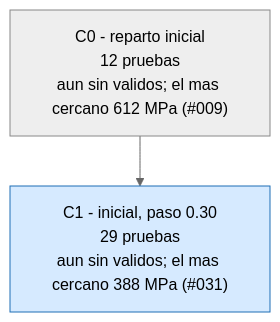
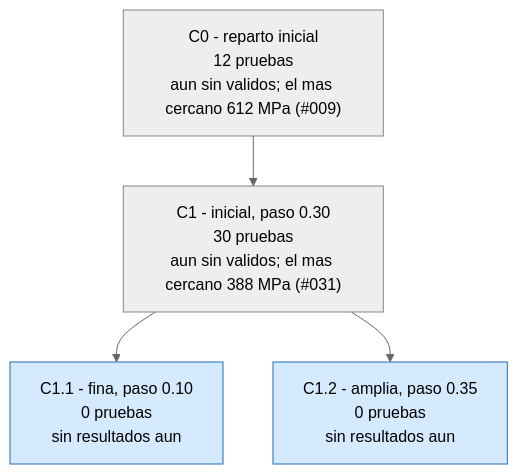
One commit to Hugiko/msd-soporte-optimizacion changed the third of 3 diagrams in runs/opt_37800N/ARBOL.md. Above: the diagram before and after it, drawn with Mermaid (neutral theme). The commit also changed 21 other files, not shown here.

````diff
--- a/runs/opt_37800N/ARBOL.md
+++ b/runs/opt_37800N/ARBOL.md
@@ -47,9 +47,13 @@
 ```mermaid
 graph TD
 classDef activa fill:#d6eaff,stroke:#1f6fb5,color:#000
 classDef fin fill:#eeeeee,stroke:#888,color:#000
 classDef mejor fill:#c8f0c0,stroke:#1a9850,stroke-width:4px,color:#000
 C0["C0 - reparto inicial<br/>12 pruebas<br/>aun sin validos; el mas cercano 612 MPa (#009)"]:::fin
-C1["C1 - inicial, paso 0.30<br/>29 pruebas<br/>aun sin validos; el mas cercano 388 MPa (#031)"]:::activa
+C1["C1 - inicial, paso 0.30<br/>30 pruebas<br/>aun sin validos; el mas cercano 388 MPa (#031)"]:::fin
 C0 --> C1
+C1_1["C1.1 - fina, paso 0.10<br/>0 pruebas<br/>sin resultados aun"]:::activa
+C1 --> C1_1
+C1_2["C1.2 - amplia, paso 0.35<br/>0 pruebas<br/>sin resultados aun"]:::activa
+C1 --> C1_2
 ```
````
